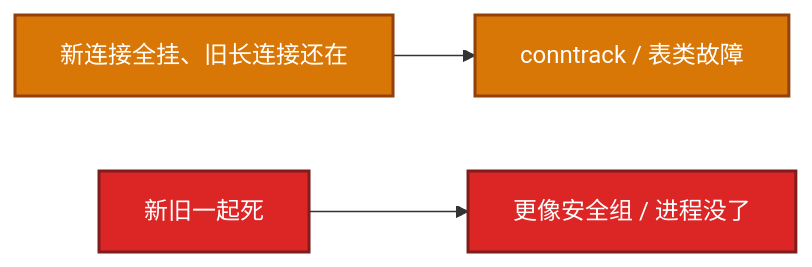
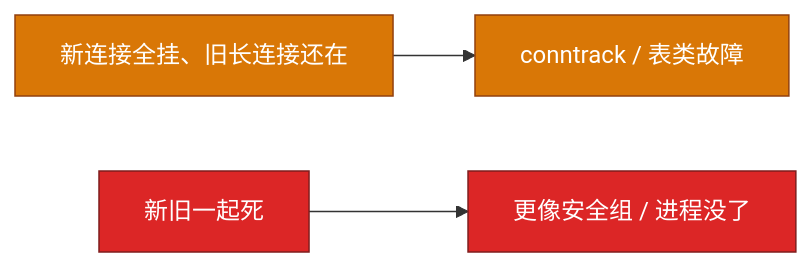
The seventh of 9 diagrams in 02-基础底座/06-网络栈与Socket/知识点.md (ml-cuizijun/LearnToLilith), drawn with Mermaid before and after one commit. The commit also changed other lines of this file and 213 other files, not shown here.

````diff
--- a/02-基础底座/06-网络栈与Socket/知识点.md
+++ b/02-基础底座/06-网络栈与Socket/知识点.md
@@ -266,10 +213,10 @@
 ```mermaid
 flowchart LR
     A[新连接全挂、旧长连接还在] --> B[conntrack / 表类故障]
     C[新旧一起死] --> D[更像安全组 / 进程没了]
 
-    classDef a fill:#D97706,stroke:#92400E,stroke-width:2px,color:#fff
-    classDef b fill:#DC2626,stroke:#7F1D1D,stroke-width:2px,color:#fff
+    classDef a fill:#D97706,stroke:#92400E,color:#fff
+    classDef b fill:#DC2626,stroke:#7F1D1D,color:#fff
     class A,B a
     class C,D b
 ```
````
